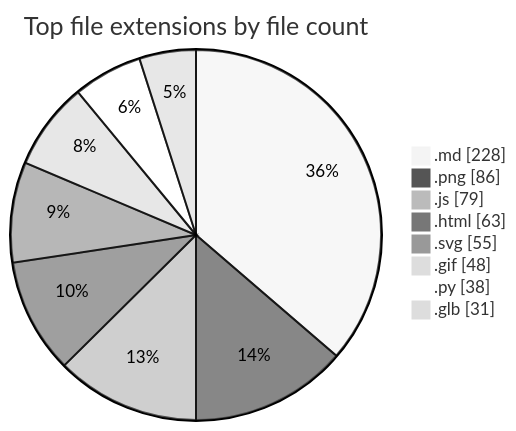
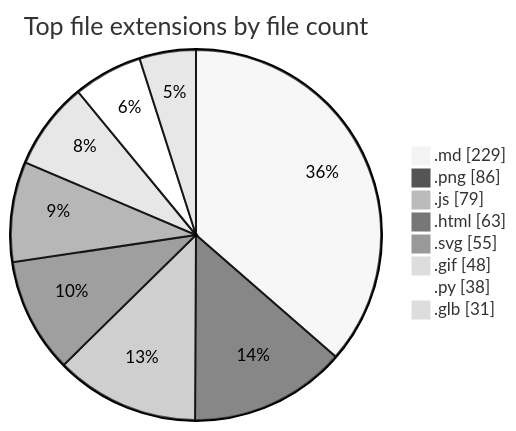
The second of 2 diagrams in README.md (tchinso/tchinso), drawn with Mermaid (neutral theme) before and after one commit. The commit also changed other lines of this file, not shown here.

````diff
--- a/README.md
+++ b/README.md
@@ -49,12 +49,12 @@
 ```mermaid
 pie showData
     title Top file extensions by file count
-    ".md" : 228
+    ".md" : 229
     ".png" : 86
     ".js" : 79
     ".html" : 63
     ".svg" : 55
     ".gif" : 48
     ".py" : 38
     ".glb" : 31
 ```
````
